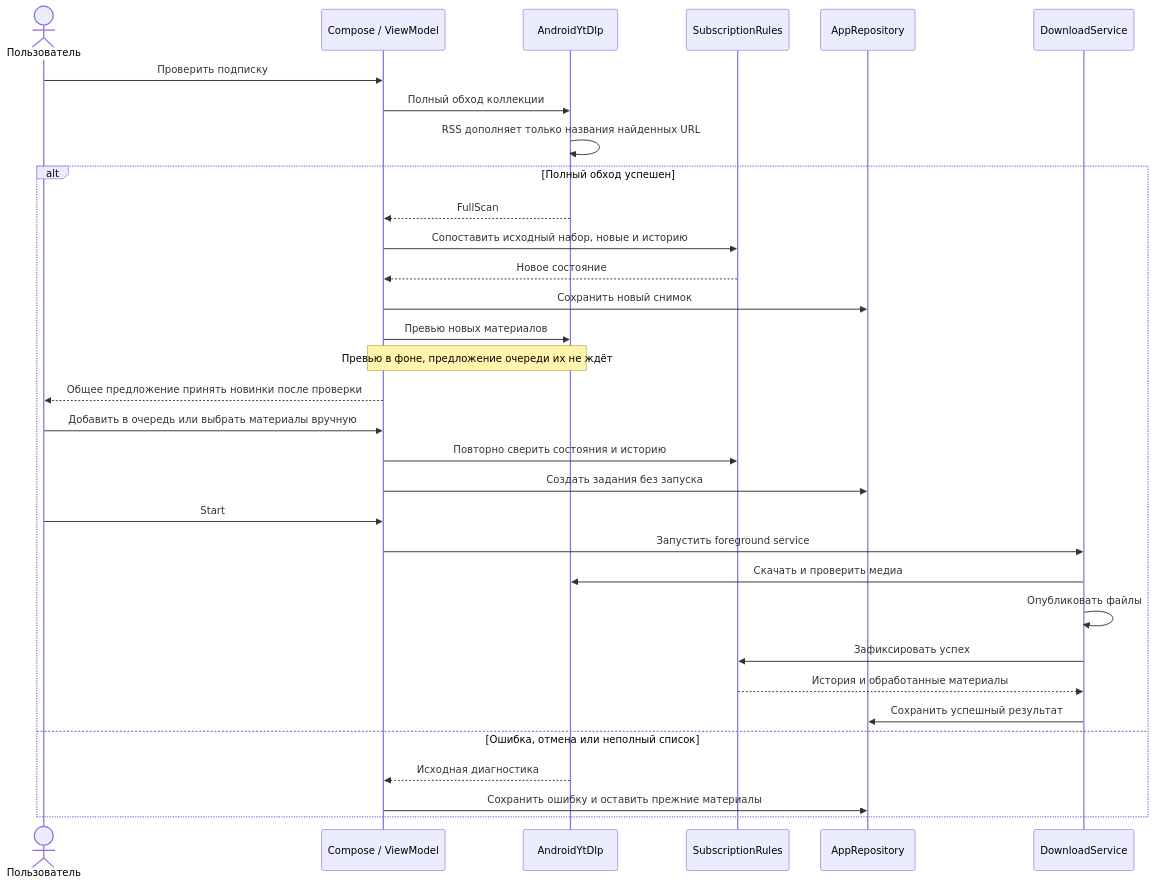
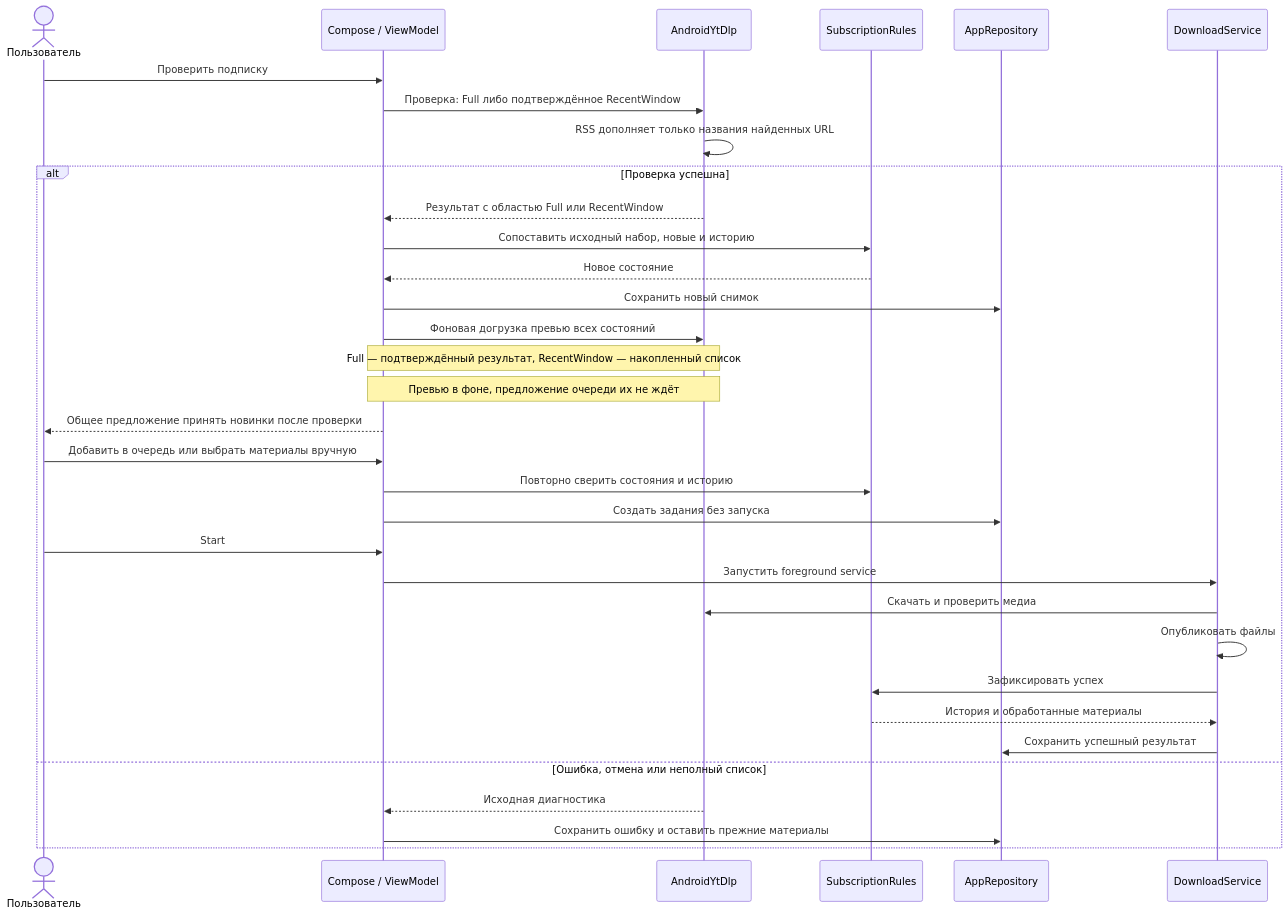
The second of 2 diagrams in docs/user/android.md (bespalovnikita/video-downloader), drawn with Mermaid before and after one commit. The commit also changed other lines of this file and 35 other files, not shown here.

````diff
--- a/docs/user/android.md
+++ b/docs/user/android.md
@@ -184,34 +192,35 @@
 ```mermaid
 sequenceDiagram
     actor User as Пользователь
     participant UI as Compose / ViewModel
     participant Engine as AndroidYtDlp
     participant Rules as SubscriptionRules
     participant Store as AppRepository
     participant Service as DownloadService
     User->>UI: Проверить подписку
-    UI->>Engine: Полный обход коллекции
+    UI->>Engine: Проверка: Full либо подтверждённое RecentWindow
     Engine->>Engine: RSS дополняет только названия найденных URL
-    alt Полный обход успешен
-        Engine-->>UI: FullScan
+    alt Проверка успешна
+        Engine-->>UI: Результат с областью Full или RecentWindow
         UI->>Rules: Сопоставить исходный набор, новые и историю
         Rules-->>UI: Новое состояние
         UI->>Store: Сохранить новый снимок
-        UI->>Engine: Превью новых материалов
+        UI->>Engine: Фоновая догрузка превью всех состояний
+        Note over UI,Engine: Full — подтверждённый результат, RecentWindow — накопленный список
         Note over UI,Engine: Превью в фоне, предложение очереди их не ждёт
         UI-->>User: Общее предложение принять новинки после проверки
         User->>UI: Добавить в очередь или выбрать материалы вручную
         UI->>Rules: Повторно сверить состояния и историю
         UI->>Store: Создать задания без запуска
         User->>UI: Start
         UI->>Service: Запустить foreground service
         Service->>Engine: Скачать и проверить медиа
         Service->>Service: Опубликовать файлы
         Service->>Rules: Зафиксировать успех
         Rules-->>Service: История и обработанные материалы
         Service->>Store: Сохранить успешный результат
     else Ошибка, отмена или неполный список
         Engine-->>UI: Исходная диагностика
         UI->>Store: Сохранить ошибку и оставить прежние материалы
     end
 ```
````
